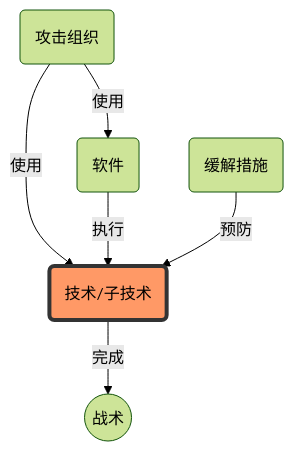
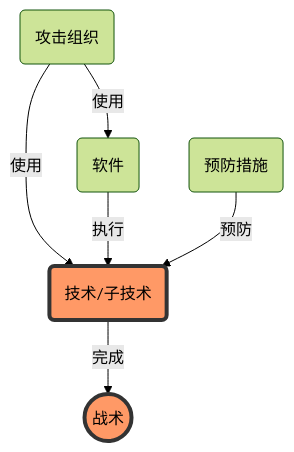
One commit to marsvillager/ATT-and-CK changed the second of 7 diagrams in 分类框架.md. Above: the diagram before and after it, drawn with Mermaid (forest theme). The commit also changed other lines of this file and 10 other files, not shown here.

````diff
--- a/分类框架.md
+++ b/分类框架.md
@@ -22,11 +22,11 @@
 ```mermaid
 flowchart TB
 	A(攻击组织) --使用--> B(技术/子技术)
 	A --使用--> C(软件)
 	C --执行--> B
-	D(缓解措施) --预防--> B
+	D(预防措施) --预防--> B
 	B --完成--> E((战术))
 	
 	classDef orange fill:#f96,stroke:#333,stroke-width:4px
-	class B orange
+	class B,E orange
 ```
````
